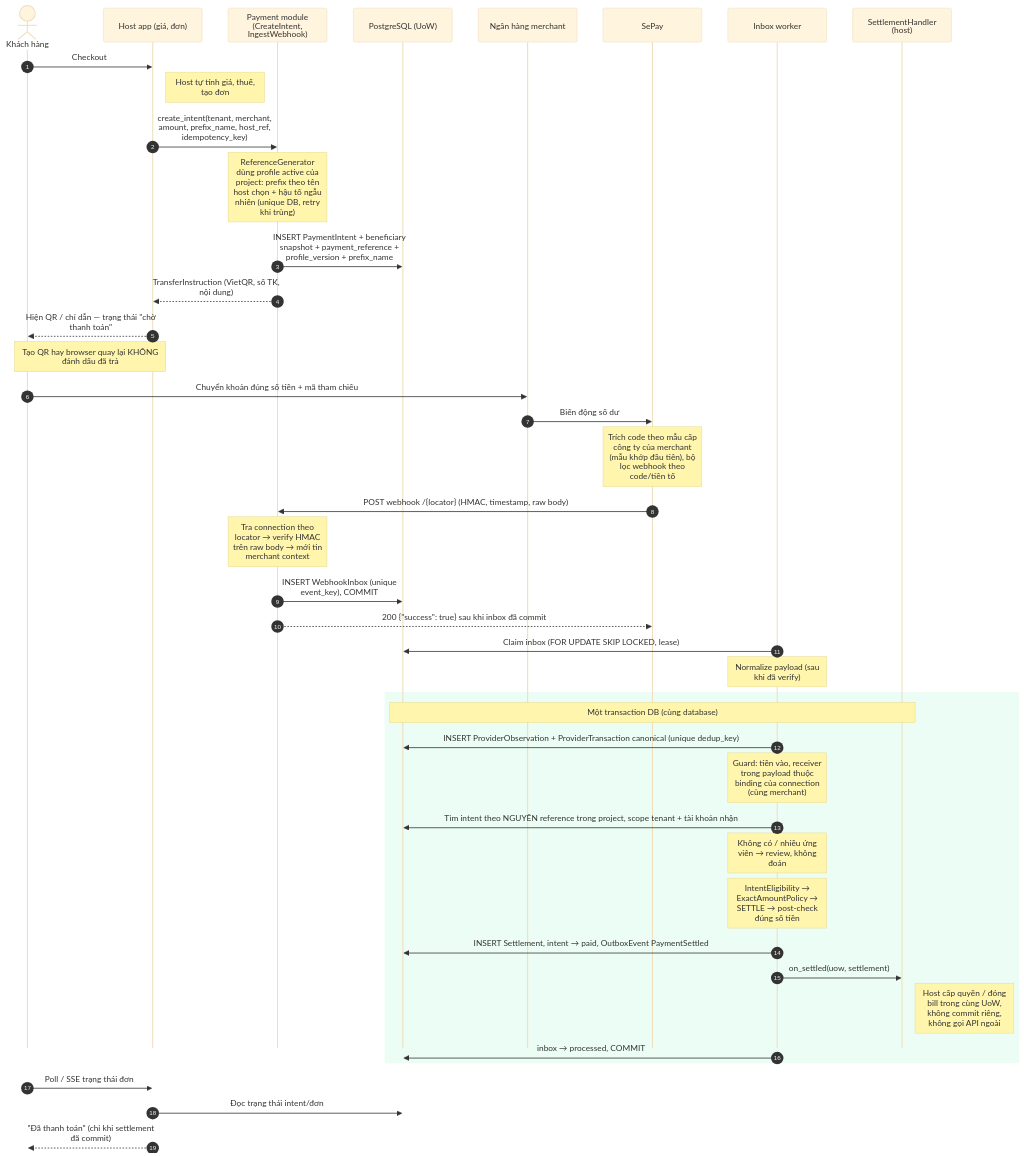
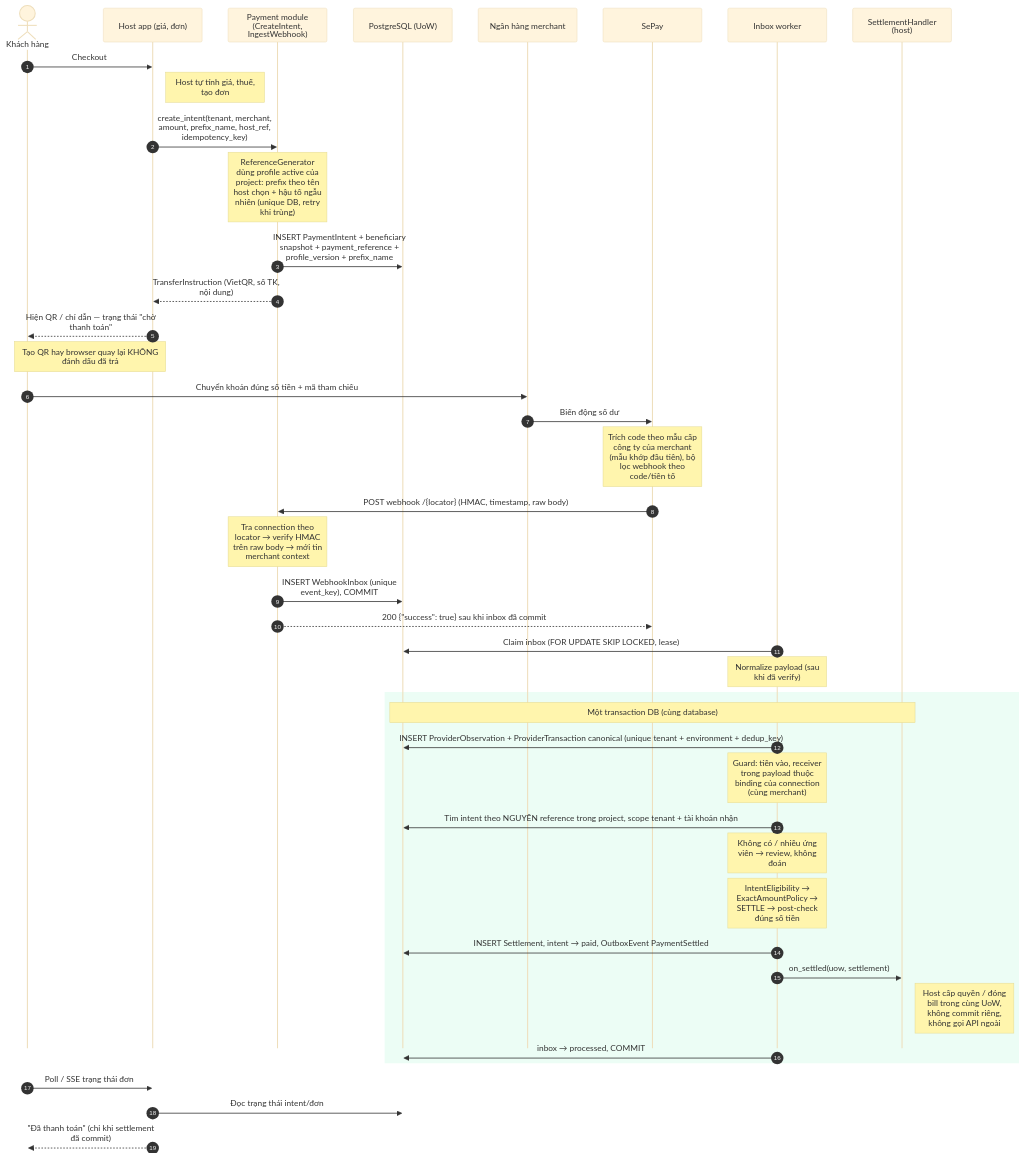
The diagram in diagrams/06-sequence-success.md (phanhaitrieu37/payment-modules), drawn with Mermaid before and after one commit. The commit also changed 14 other files, not shown here.

Commit message:
docs: tighten ownership and scope constraints before schema freeze

````diff
--- a/diagrams/06-sequence-success.md
+++ b/diagrams/06-sequence-success.md
@@ -14,59 +14,59 @@
 ```mermaid
 ---
 config:
   theme: base
   fontFamily: Arial, Helvetica, sans-serif
   sequence:
     wrap: true
     width: 190
     messageFontSize: 15
     noteFontSize: 14
     actorFontSize: 15
     mirrorActors: false
     showSequenceNumbers: true
   themeVariables:
     fontFamily: "Arial, Helvetica, sans-serif"
 ---
 sequenceDiagram
   autonumber
   actor C as Khách hàng
   participant H as Host app (giá, đơn)
   participant P as Payment module (CreateIntent, IngestWebhook)
   participant DB as PostgreSQL (UoW)
   participant BK as Ngân hàng merchant
   participant S as SePay
   participant W as Inbox worker
   participant HH as SettlementHandler (host)
   C->>H: Checkout
   Note right of H: Host tự tính giá, thuế, tạo đơn
   H->>P: create_intent(tenant, merchant, amount, prefix_name, host_ref, idempotency_key)
   Note over P: ReferenceGenerator dùng profile active của project: prefix theo tên host chọn + hậu tố ngẫu nhiên (unique DB, retry khi trùng)
   P->>DB: INSERT PaymentIntent + beneficiary snapshot + payment_reference + profile_version + prefix_name
   P-->>H: TransferInstruction (VietQR, số TK, nội dung)
   H-->>C: Hiện QR / chỉ dẫn — trạng thái "chờ thanh toán"
   Note over C,H: Tạo QR hay browser quay lại KHÔNG đánh dấu đã trả
   C->>BK: Chuyển khoản đúng số tiền + mã tham chiếu
   BK->>S: Biến động số dư
   Note over S: Trích code theo mẫu cấp công ty của merchant (mẫu khớp đầu tiên), bộ lọc webhook theo code/tiền tố
   S->>P: POST webhook /{locator} (HMAC, timestamp, raw body)
   Note over P: Tra connection theo locator → verify HMAC trên raw body → mới tin merchant context
   P->>DB: INSERT WebhookInbox (unique event_key), COMMIT
   P-->>S: 200 {"success": true} sau khi inbox đã commit
   W->>DB: Claim inbox (FOR UPDATE SKIP LOCKED, lease)
   Note over W: Normalize payload (sau khi đã verify)
   rect rgb(236, 253, 245)
     Note over DB,HH: Một transaction DB (cùng database)
-    W->>DB: INSERT ProviderObservation + ProviderTransaction canonical (unique dedup_key)
+    W->>DB: INSERT ProviderObservation + ProviderTransaction canonical (unique tenant + environment + dedup_key)
     Note over W: Guard: tiền vào, receiver trong payload thuộc binding của connection (cùng merchant)
     W->>DB: Tìm intent theo NGUYÊN reference trong project, scope tenant + tài khoản nhận
     Note over W: Không có / nhiều ứng viên → review, không đoán
     Note over W: IntentEligibility → ExactAmountPolicy → SETTLE → post-check đúng số tiền
     W->>DB: INSERT Settlement, intent → paid, OutboxEvent PaymentSettled
     W->>HH: on_settled(uow, settlement)
     Note right of HH: Host cấp quyền / đóng bill trong cùng UoW, không commit riêng, không gọi API ngoài
     W->>DB: inbox → processed, COMMIT
   end
   C->>H: Poll / SSE trạng thái đơn
   H->>DB: Đọc trạng thái intent/đơn
   H-->>C: "Đã thanh toán" (chỉ khi settlement đã commit)
 ```
````
